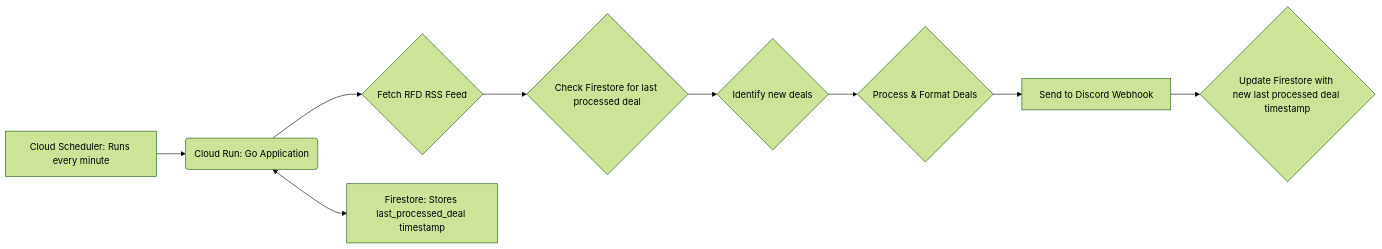
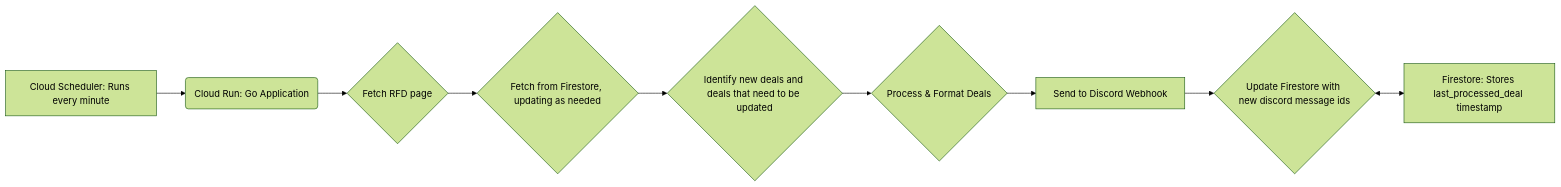
Before and after one commit to pauljones0/rfd-discord-bot: the diagram in README.md, drawn with Mermaid (forest theme). The commit also changed other lines of this file and 4 other files, not shown here.

First line of the commit message:
Refactor RFD Hot Deals Bot: Transition from RSS feed to HTML scraping, enhance Discord embed structure, and improve error handling

````diff
--- a/README.md
+++ b/README.md
@@ -30,11 +23,11 @@
 ```mermaid
 graph LR
     A[Cloud Scheduler: Runs every minute] --> B(Cloud Run: Go Application)
-    B --> C{Fetch RFD RSS Feed}
-    C --> D{Check Firestore for last processed deal}
-    D --> E{Identify new deals}
+    B --> C{Fetch RFD page}
+    C --> D{Fetch from Firestore, updating as needed}
+    D --> E{Identify new deals and deals that need to be updated}
     E --> F{Process & Format Deals}
     F --> G[Send to Discord Webhook]
-    G --> H{Update Firestore with new last processed deal timestamp}
-    B <--> I[Firestore: Stores last_processed_deal timestamp]
+    G --> H{Update Firestore with new discord message ids}
+    H <--> I[Firestore: Stores last_processed_deal timestamp]
 ```
````
